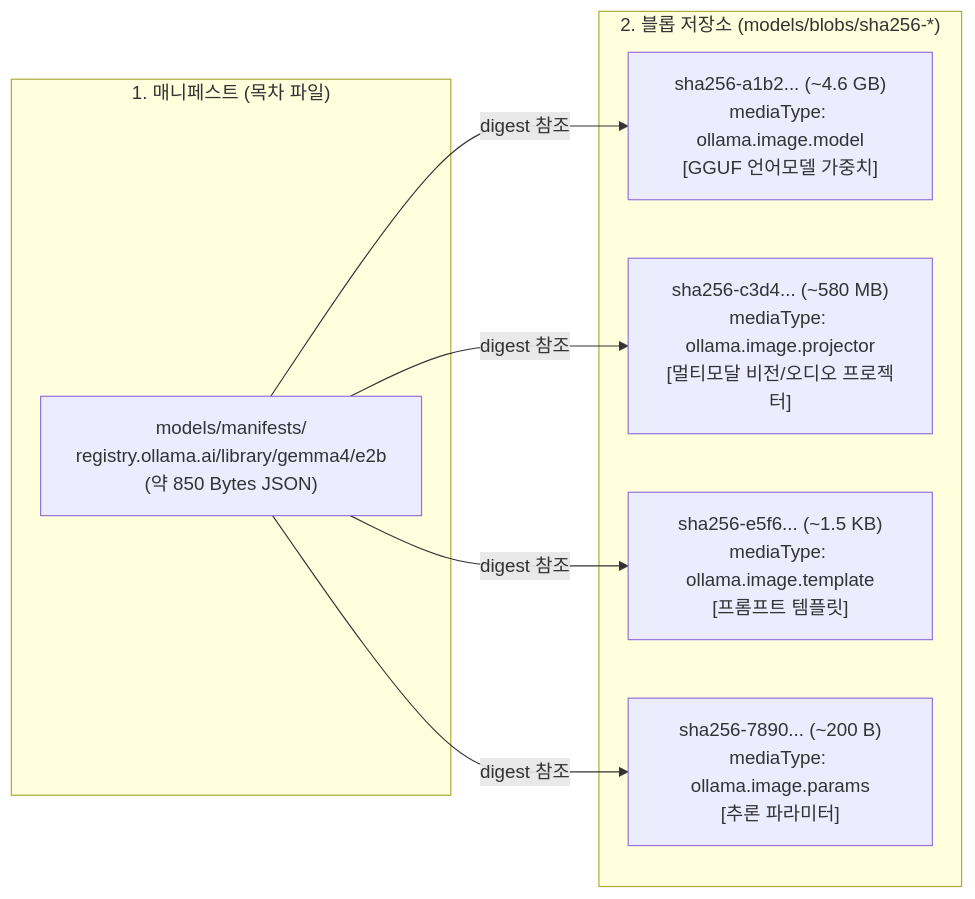
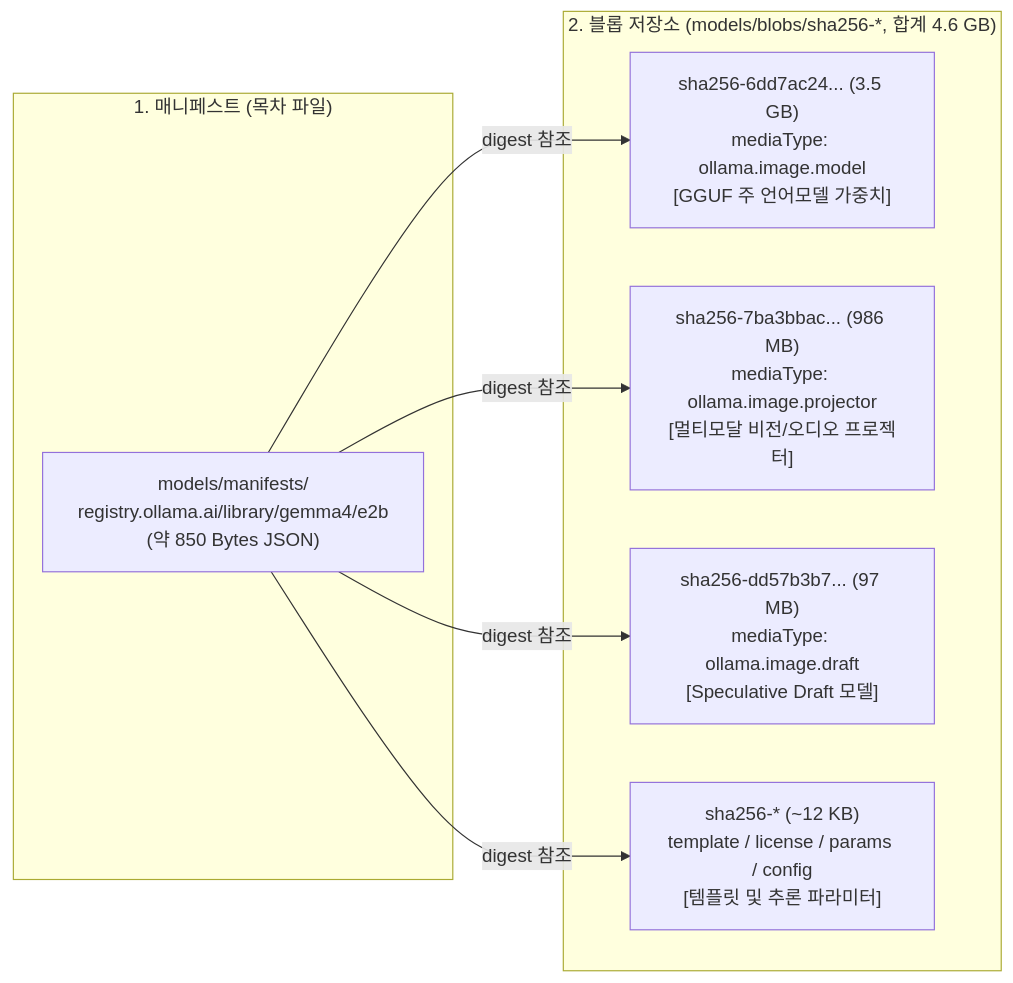
Before and after one commit to cloud-barista/cm-beetle: the first of 2 diagrams in docs/poc/ai-service-stack-reference.md, drawn with Mermaid. The commit also changed other lines of this file and 8 other files, not shown here.

````diff
--- a/docs/poc/ai-service-stack-reference.md
+++ b/docs/poc/ai-service-stack-reference.md
@@ -53,18 +55,18 @@
 ```mermaid
 flowchart LR
     subgraph Manifest["1. 매니페스트 (목차 파일)"]
         M["models/manifests/\nregistry.ollama.ai/library/gemma4/e2b\n(약 850 Bytes JSON)"]
     end
 
-    subgraph Blobs["2. 블롭 저장소 (models/blobs/sha256-*)"]
-        B1["sha256-a1b2... (~4.6 GB)\nmediaType: ollama.image.model\n[GGUF 언어모델 가중치]"]
-        B2["sha256-c3d4... (~580 MB)\nmediaType: ollama.image.projector\n[멀티모달 비전/오디오 프로젝터]"]
-        B3["sha256-e5f6... (~1.5 KB)\nmediaType: ollama.image.template\n[프롬프트 템플릿]"]
-        B4["sha256-7890... (~200 B)\nmediaType: ollama.image.params\n[추론 파라미터]"]
+    subgraph Blobs["2. 블롭 저장소 (models/blobs/sha256-*, 합계 4.6 GB)"]
+        B1["sha256-6dd7ac24... (3.5 GB)\nmediaType: ollama.image.model\n[GGUF 주 언어모델 가중치]"]
+        B2["sha256-7ba3bbac... (986 MB)\nmediaType: ollama.image.projector\n[멀티모달 비전/오디오 프로젝터]"]
+        B3["sha256-dd57b3b7... (97 MB)\nmediaType: ollama.image.draft\n[Speculative Draft 모델]"]
+        B4["sha256-* (~12 KB)\ntemplate / license / params / config\n[템플릿 및 추론 파라미터]"]
     end
 
     M -->|"digest 참조"| B1
     M -->|"digest 참조"| B2
     M -->|"digest 참조"| B3
     M -->|"digest 참조"| B4
 ```
````
